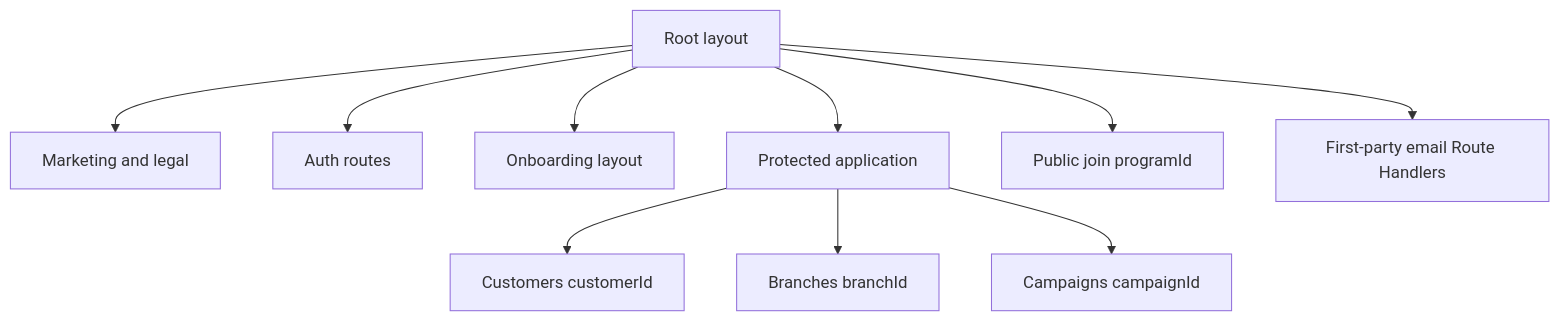
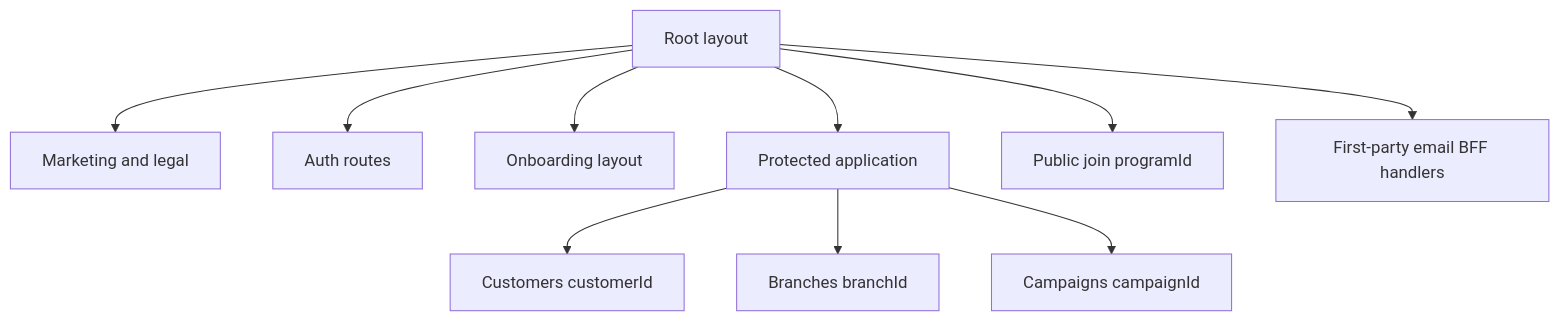
The diagram in docs/frontend/02-route-migration.md (Ali-sherif/loyollo-web), drawn with Mermaid before and after one commit. The commit also changed other lines of this file and 15 other files, not shown here.

````diff
--- a/docs/frontend/02-route-migration.md
+++ b/docs/frontend/02-route-migration.md
@@ -51,12 +64,12 @@
 ```mermaid
 flowchart TD
   Root[Root layout] --> Marketing[Marketing and legal]
   Root --> Auth[Auth routes]
   Root --> Onboarding[Onboarding layout]
   Root --> App[Protected application]
   Root --> Join[Public join programId]
-  Root --> Api[First-party email Route Handlers]
+  Root --> Api[First-party email BFF handlers]
   App --> Customers[Customers customerId]
   App --> Branches[Branches branchId]
   App --> Campaigns[Campaigns campaignId]
 ```
````
